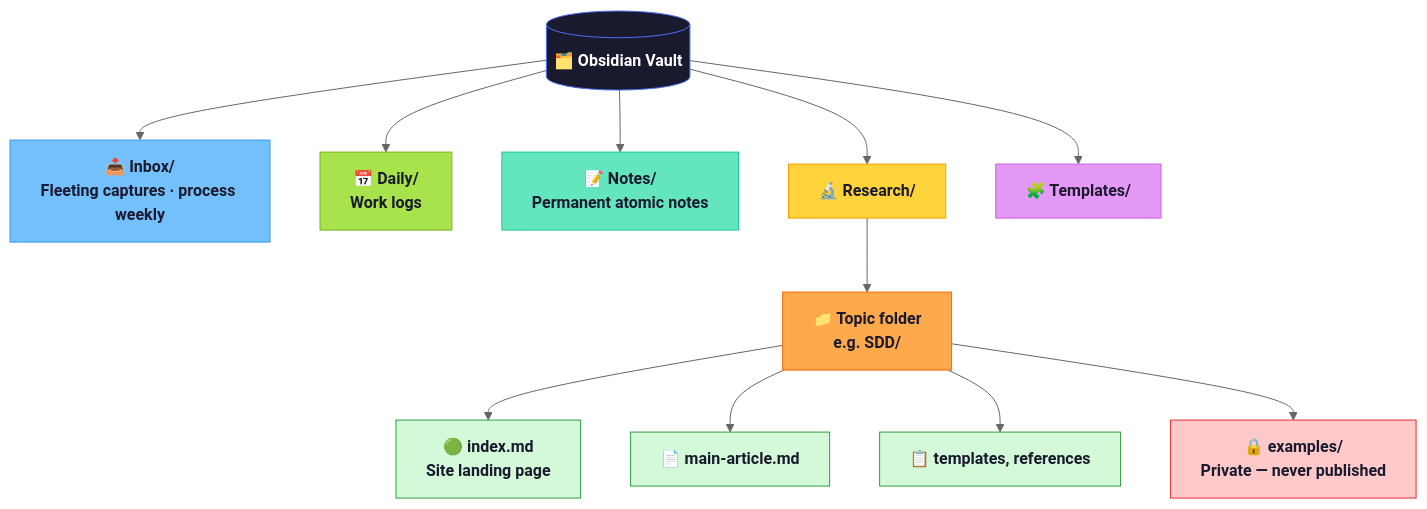
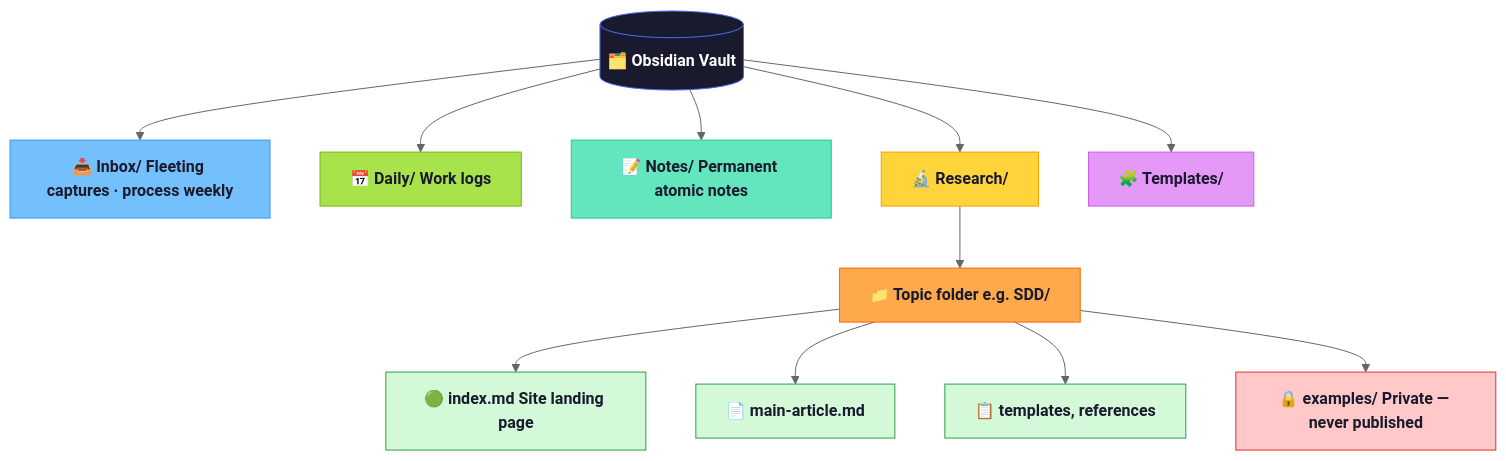
Before and after one commit to VenkateshDas/obsidian-quartz-site: the second of 7 diagrams in content/Idea to Published Research (Obsidian + Quartz Workflow).md, drawn with Mermaid (neutral theme). The commit also changed other lines of this file and 2 other files, not shown here.

````diff
--- a/content/Idea to Published Research (Obsidian + Quartz Workflow).md
+++ b/content/Idea to Published Research (Obsidian + Quartz Workflow).md
@@ -54,27 +60,27 @@
 ```mermaid
 flowchart TD
     VAULT[("🗂️ Obsidian Vault")]:::root
 
-    VAULT --> IB["📥 Inbox/\nFleeting captures · process weekly"]:::inbox
-    VAULT --> DL["📅 Daily/\nWork logs"]:::daily
-    VAULT --> NO["📝 Notes/\nPermanent atomic notes"]:::notes
+    VAULT --> IB["📥 Inbox/ Fleeting captures · process weekly"]:::inbox
+    VAULT --> DL["📅 Daily/ Work logs"]:::daily
+    VAULT --> NO["📝 Notes/ Permanent atomic notes"]:::notes
     VAULT --> RE["🔬 Research/"]:::research
     VAULT --> TP["🧩 Templates/"]:::tmpl
 
-    RE --> TOPIC["📁 Topic folder\ne.g. SDD/"]:::topic
+    RE --> TOPIC["📁 Topic folder e.g. SDD/"]:::topic
 
-    TOPIC --> IDX["🟢 index.md\nSite landing page"]:::pub
+    TOPIC --> IDX["🟢 index.md Site landing page"]:::pub
     TOPIC --> ART["📄 main-article.md"]:::pub
     TOPIC --> TPF["📋 templates, references"]:::pub
-    TOPIC --> EX["🔒 examples/\nPrivate — never published"]:::priv
+    TOPIC --> EX["🔒 examples/ Private — never published"]:::priv
 
     classDef root    fill:#1a1a2e,stroke:#4c6ef5,color:#fff,font-weight:bold
     classDef inbox   fill:#74c0fc,stroke:#339af0,color:#1a1a2e
     classDef daily   fill:#a9e34b,stroke:#74b816,color:#1a1a2e
     classDef notes   fill:#63e6be,stroke:#20c997,color:#1a1a2e
     classDef research fill:#ffd43b,stroke:#f59f00,color:#1a1a2e
     classDef tmpl    fill:#e599f7,stroke:#cc5de8,color:#1a1a2e
     classDef topic   fill:#ffa94d,stroke:#f76707,color:#1a1a2e,font-weight:bold
     classDef pub     fill:#d3f9d8,stroke:#2f9e44,color:#1a1a2e
     classDef priv    fill:#ffc9c9,stroke:#e03131,color:#1a1a2e,font-weight:bold
 ```
````
